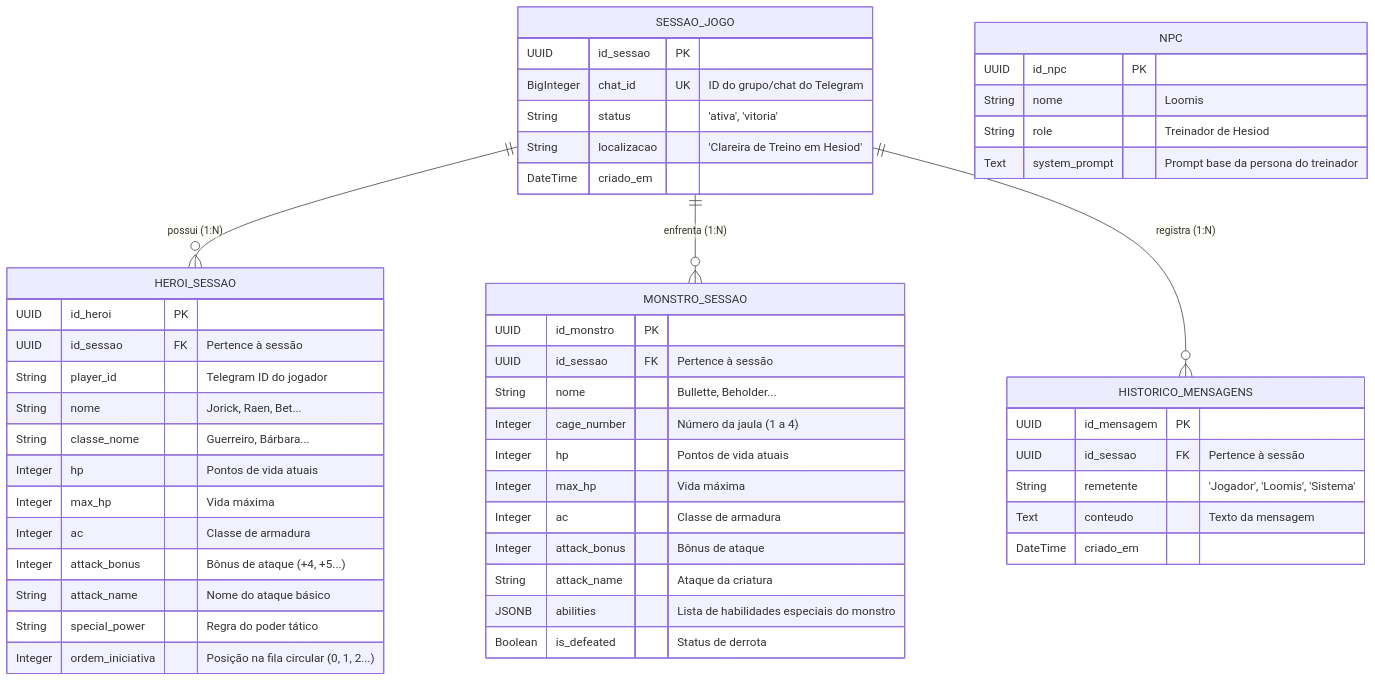
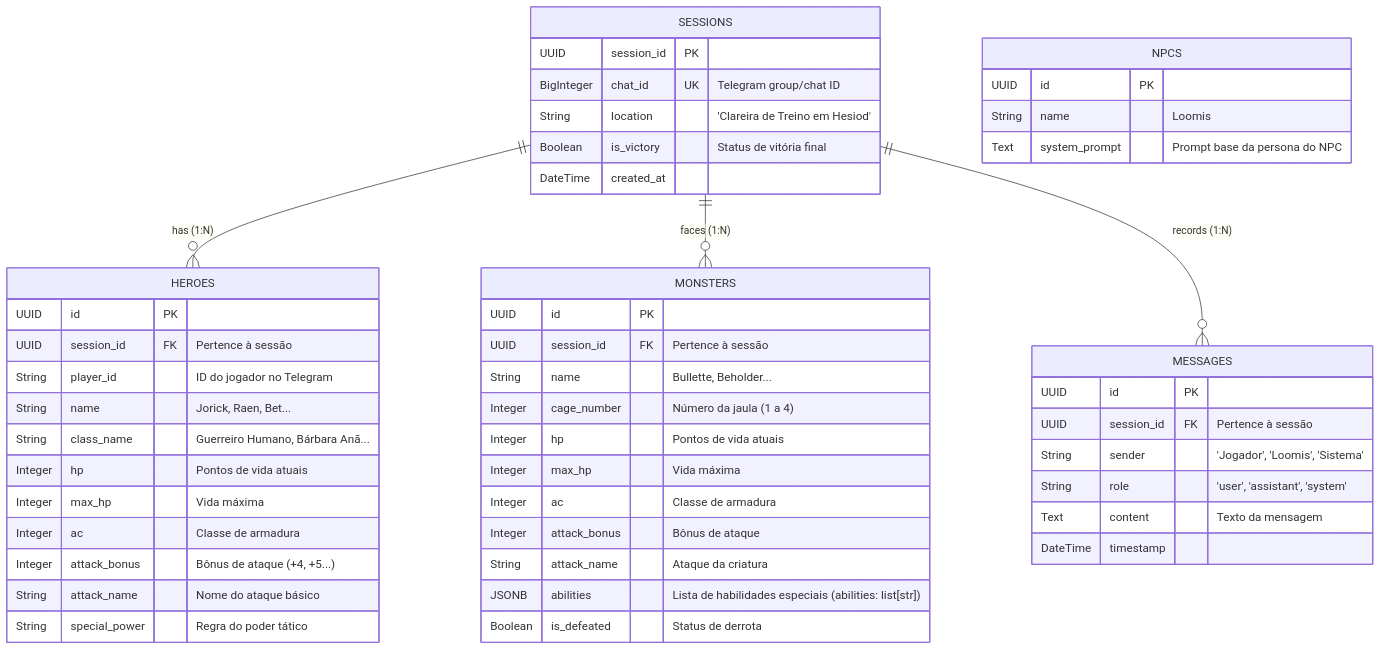
One commit to gradprojetos/ai-npc changed the third of 5 diagrams in docs/architecture.md. Above: the diagram before and after it, drawn with Mermaid. The commit also changed other lines of this file and 7 other files, not shown here.

````diff
--- a/docs/architecture.md
+++ b/docs/architecture.md
@@ -125,58 +125,57 @@
 ```mermaid
 erDiagram
-    SESSAO_JOGO ||--o{ HEROI_SESSAO : "possui (1:N)"
-    SESSAO_JOGO ||--o{ MONSTRO_SESSAO : "enfrenta (1:N)"
-    SESSAO_JOGO ||--o{ HISTORICO_MENSAGENS : "registra (1:N)"
+    SESSIONS ||--o{ HEROES : "has (1:N)"
+    SESSIONS ||--o{ MONSTERS : "faces (1:N)"
+    SESSIONS ||--o{ MESSAGES : "records (1:N)"
 
-    SESSAO_JOGO {
-        UUID id_sessao PK
-        BigInteger chat_id UK "ID do grupo/chat do Telegram"
-        String status "'ativa', 'vitoria'"
-        String localizacao "'Clareira de Treino em Hesiod'"
-        DateTime criado_em
+    SESSIONS {
+        UUID session_id PK
+        BigInteger chat_id UK "Telegram group/chat ID"
+        String location "'Clareira de Treino em Hesiod'"
+        Boolean is_victory "Status de vitória final"
+        DateTime created_at
     }
 
-    HEROI_SESSAO {
-        UUID id_heroi PK
-        UUID id_sessao FK "Pertence à sessão"
-        String player_id "Telegram ID do jogador"
-        String nome "Jorick, Raen, Bet..."
-        String classe_nome "Guerreiro, Bárbara..."
+    HEROES {
+        UUID id PK
+        UUID session_id FK "Pertence à sessão"
+        String player_id "ID do jogador no Telegram"
+        String name "Jorick, Raen, Bet..."
+        String class_name "Guerreiro Humano, Bárbara Anã..."
         Integer hp "Pontos de vida atuais"
         Integer max_hp "Vida máxima"
         Integer ac "Classe de armadura"
         Integer attack_bonus "Bônus de ataque (+4, +5...)"
         String attack_name "Nome do ataque básico"
         String special_power "Regra do poder tático"
-        Integer ordem_iniciativa "Posição na fila circular (0, 1, 2...)"
     }
 
-    MONSTRO_SESSAO {
-        UUID id_monstro PK
-        UUID id_sessao FK "Pertence à sessão"
-        String nome "Bullette, Beholder..."
+    MONSTERS {
+        UUID id PK
+        UUID session_id FK "Pertence à sessão"
+        String name "Bullette, Beholder..."
         Integer cage_number "Número da jaula (1 a 4)"
         Integer hp "Pontos de vida atuais"
         Integer max_hp "Vida máxima"
         Integer ac "Classe de armadura"
         Integer attack_bonus "Bônus de ataque"
         String attack_name "Ataque da criatura"
-        JSONB abilities "Lista de habilidades especiais do monstro"
+        JSONB abilities "Lista de habilidades especiais (abilities: list[str])"
         Boolean is_defeated "Status de derrota"
     }
 
-    HISTORICO_MENSAGENS {
-        UUID id_mensagem PK
-        UUID id_sessao FK "Pertence à sessão"
-        String remetente "'Jogador', 'Loomis', 'Sistema'"
-        Text conteudo "Texto da mensagem"
-        DateTime criado_em
+    MESSAGES {
+        UUID id PK
+        UUID session_id FK "Pertence à sessão"
+        String sender "'Jogador', 'Loomis', 'Sistema'"
+        String role "'user', 'assistant', 'system'"
+        Text content "Texto da mensagem"
+        DateTime timestamp
     }
 
-    NPC {
-        UUID id_npc PK
-        String nome "Loomis"
-        String role "Treinador de Hesiod"
-        Text system_prompt "Prompt base da persona do treinador"
+    NPCS {
+        UUID id PK
+        String name "Loomis"
+        Text system_prompt "Prompt base da persona do NPC"
     }
 ```
````
